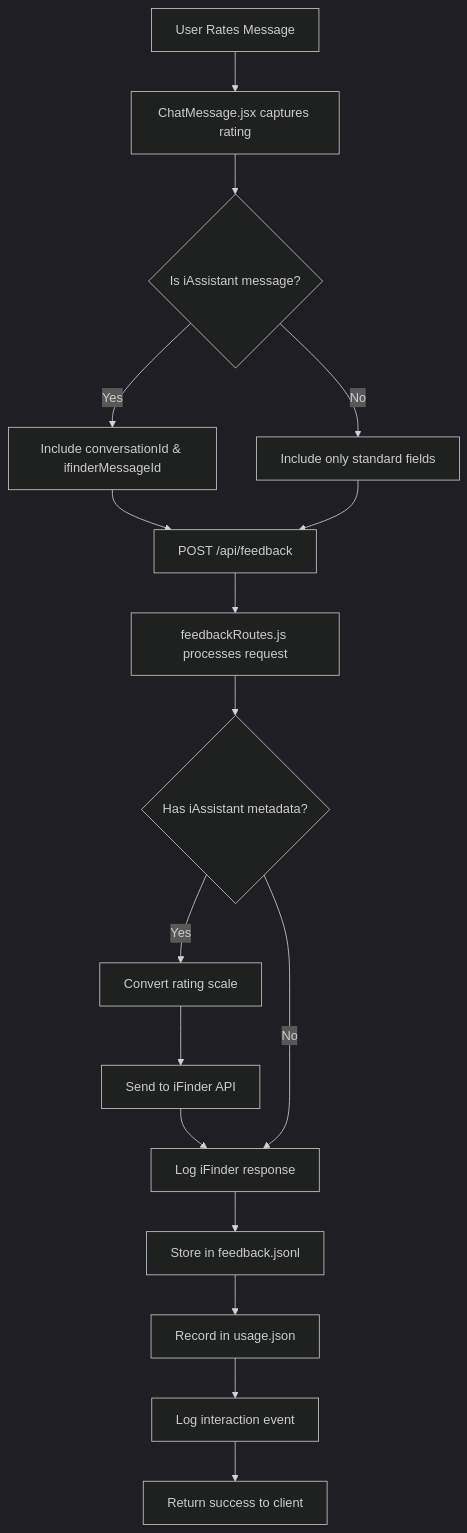
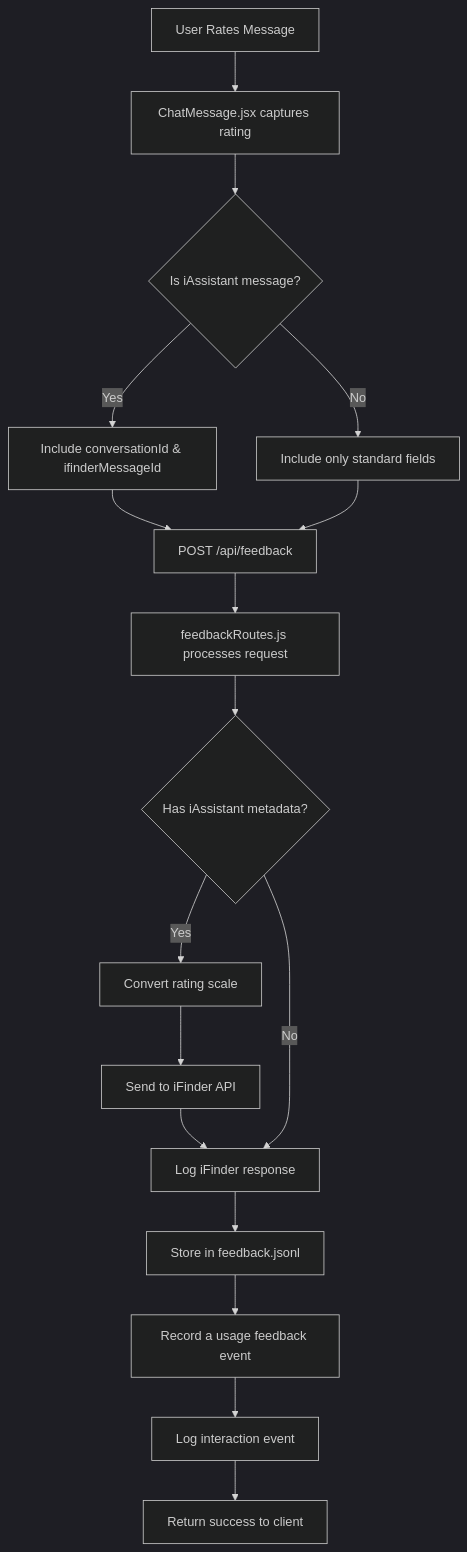
One commit to intrafind/ihub-apps changed the diagram in docs/feedback-feature.md. Above: the diagram before and after it, drawn with Mermaid (dark theme). The commit also changed other lines of this file and 94 other files, not shown here.

````diff
--- a/docs/feedback-feature.md
+++ b/docs/feedback-feature.md
@@ -53,19 +53,19 @@
 ```mermaid
 graph TB
     A[User Rates Message] --> B[ChatMessage.jsx captures rating]
     B --> C{Is iAssistant message?}
     C -->|Yes| D[Include conversationId & ifinderMessageId]
     C -->|No| E[Include only standard fields]
     D --> F[POST /api/feedback]
     E --> F
     F --> G[feedbackRoutes.js processes request]
     G --> H{Has iAssistant metadata?}
     H -->|Yes| I[Convert rating scale]
     I --> J[Send to iFinder API]
     J --> K[Log iFinder response]
     H -->|No| K
     K --> L[Store in feedback.jsonl]
-    L --> M[Record in usage.json]
+    L --> M[Record a usage feedback event]
     M --> N[Log interaction event]
     N --> O[Return success to client]
 ```
````
